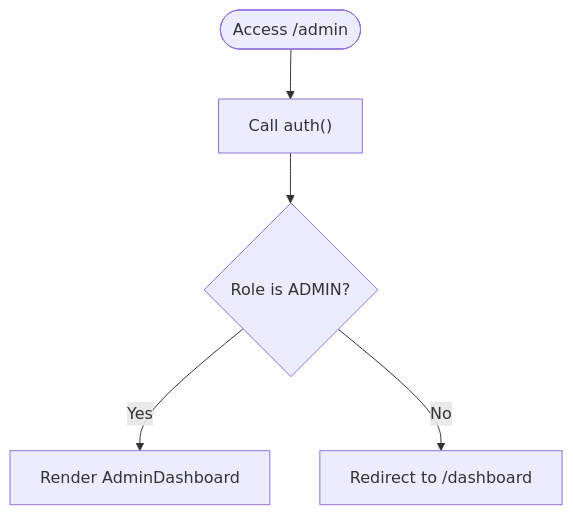
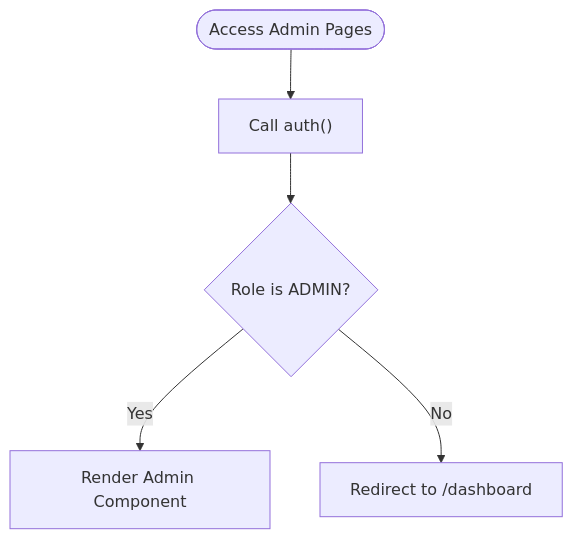
One commit to Crowdspender/titchybooks-app changed the third of 9 diagrams in .qoder/repowiki/en/content/Administrative Features/Administrative Features.md. Above: the diagram before and after it, drawn with Mermaid. The commit also changed other lines of this file and 62 other files, not shown here.

````diff
--- a/.qoder/repowiki/en/content/Administrative Features/Administrative Features.md
+++ b/.qoder/repowiki/en/content/Administrative Features/Administrative Features.md
@@ -156,7 +305,7 @@
 ```mermaid
 flowchart TD
-Start(["Access /admin"]) --> GetSession["Call auth()"]
+Start(["Access Admin Pages"]) --> GetSession["Call auth()"]
 GetSession --> IsAdmin{"Role is ADMIN?"}
-IsAdmin --> |Yes| Render["Render AdminDashboard"]
+IsAdmin --> |Yes| Render["Render Admin Component"]
 IsAdmin --> |No| Redirect["Redirect to /dashboard"]
 ```
````
